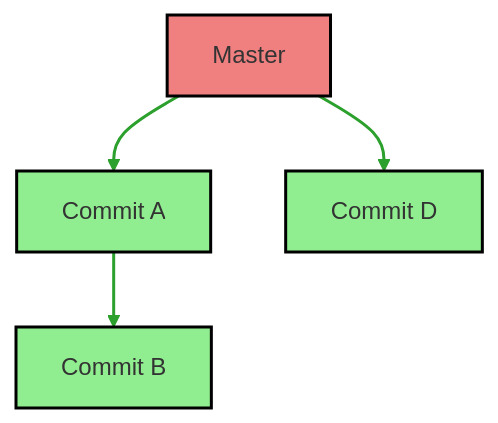
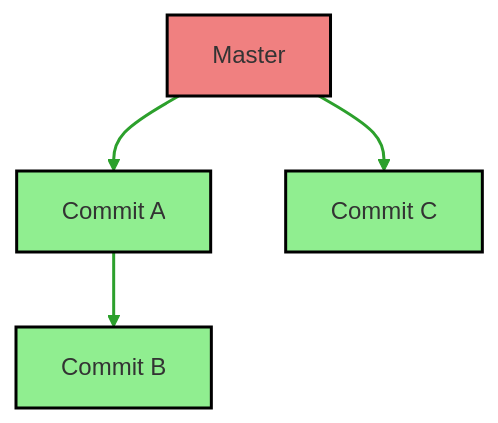
Before and after one commit to fatualux/it-notes: the second of 3 diagrams in src/chapters/git/rebase.md, drawn with Mermaid. The commit also changed other lines of this file, not shown here.

Commit message:
Addeed charts

````diff
--- a/src/chapters/git/rebase.md
+++ b/src/chapters/git/rebase.md
@@ -38,13 +38,13 @@
 ```mermaid
 graph TD;
     M[Master]:::branch --> A[Commit A]:::commit
     A --> B[Commit B]:::commit
-    M --> C[Commit D]:::commit
+    M --> C[Commit C]:::commit
 
     classDef commit fill:#90ee90, stroke:#000, stroke-width:2px;
     classDef branch fill:#f08080, stroke:#000, stroke-width:2px;
 
     linkStyle 0 stroke:#2ca02c,stroke-width:2px
     linkStyle 1 stroke:#2ca02c,stroke-width:2px
     linkStyle 2 stroke:#2ca02c,stroke-width:2px
 ```
````
